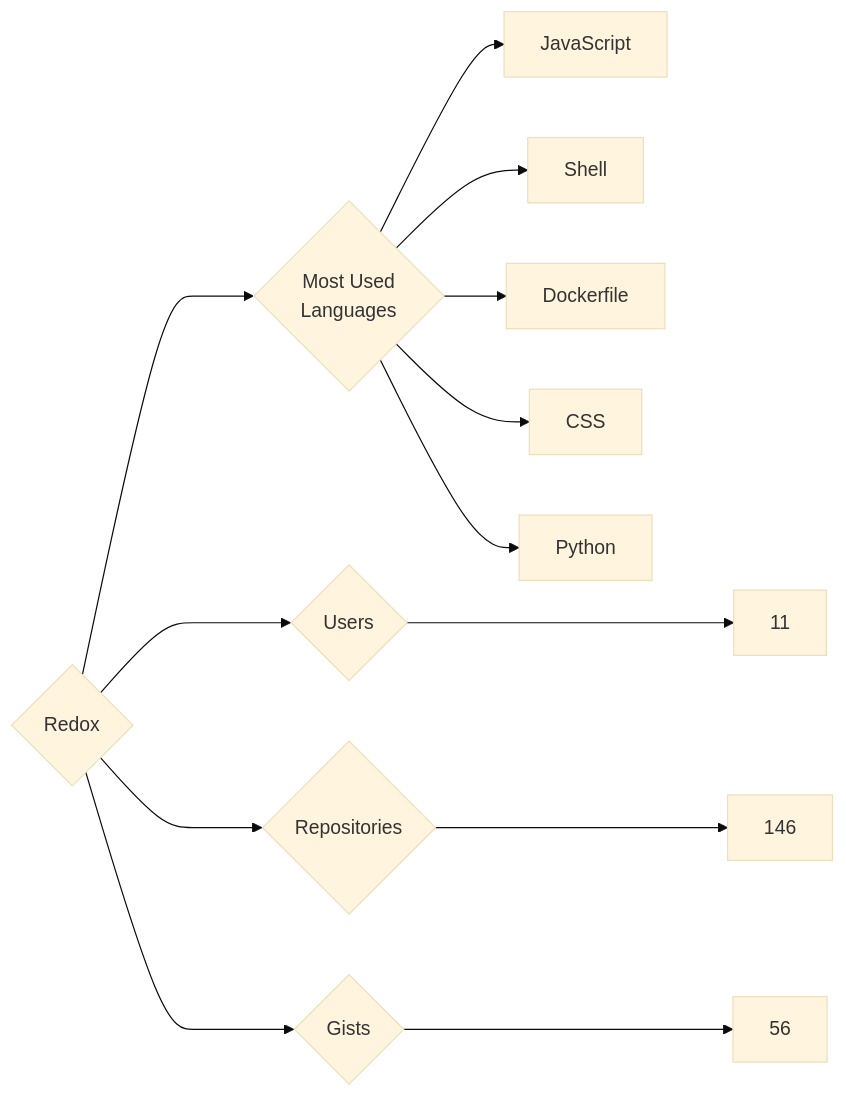
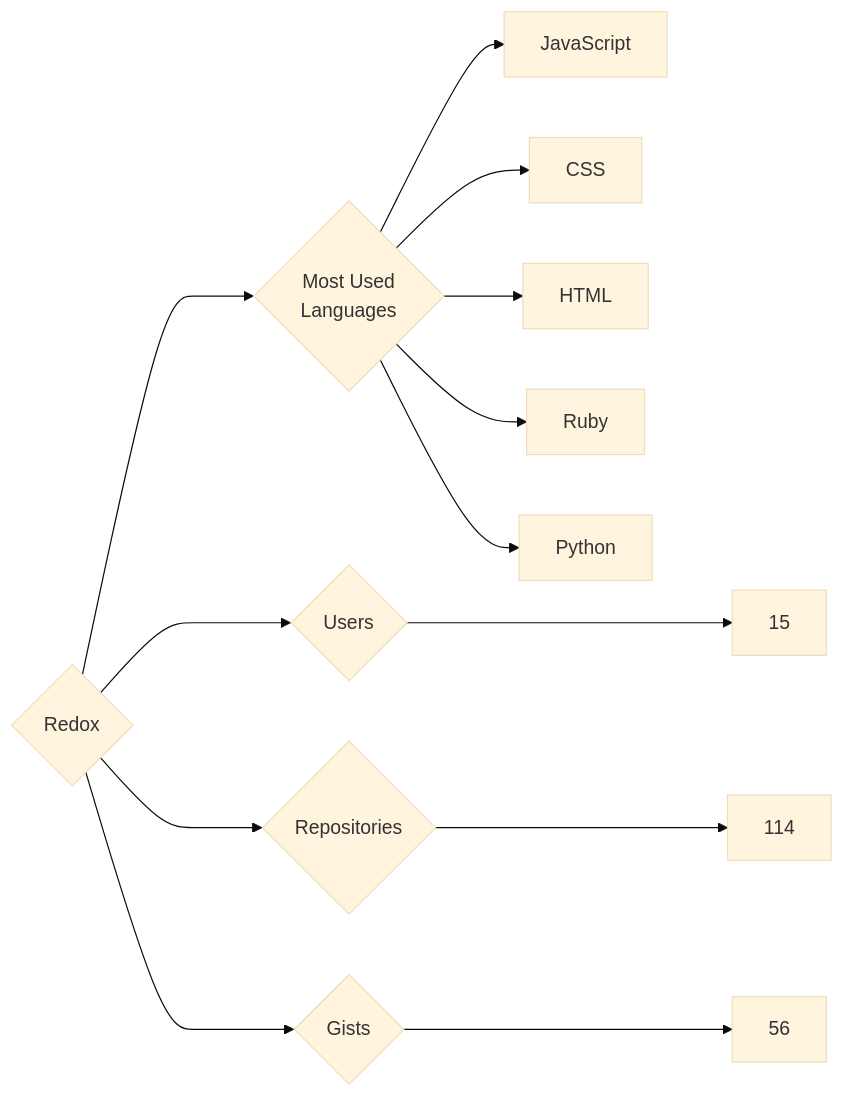
The diagram in targets/Redox/README.md (trickest/insiders), drawn with Mermaid (base theme) before and after one commit. The commit also changed 725 other files, not shown here.

````diff
--- a/targets/Redox/README.md
+++ b/targets/Redox/README.md
@@ -3,13 +3,13 @@
 ```mermaid
 graph LR
 COMPANY_NAME{Redox}
-COMPANY_NAME ---> U{Users} ---> UN[11]
-COMPANY_NAME ---> R{Repositories} ---> RN[146]
+COMPANY_NAME ---> U{Users} ---> UN[15]
+COMPANY_NAME ---> R{Repositories} ---> RN[114]
 COMPANY_NAME ---> G{Gists} ---> GN[56]
 COMPANY_NAME ---> ML{Most Used<br>Languages}
 ML --> JavaScript[JavaScript]
-ML --> Shell[Shell]
-ML --> Dockerfile[Dockerfile]
 ML --> CSS[CSS]
+ML --> HTML[HTML]
+ML --> Ruby[Ruby]
 ML --> Python[Python]
 ```
````
